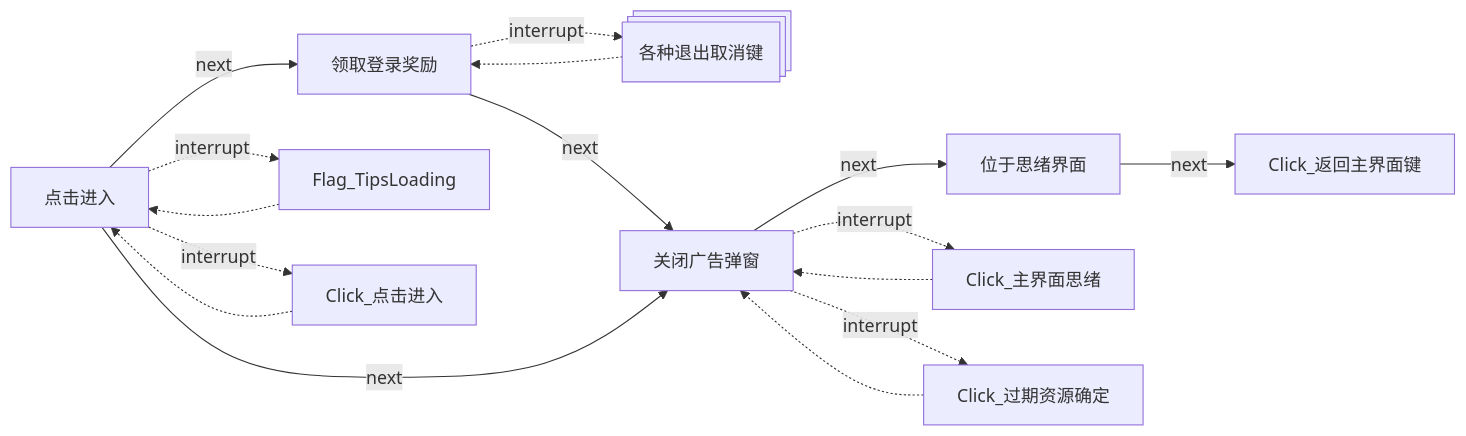
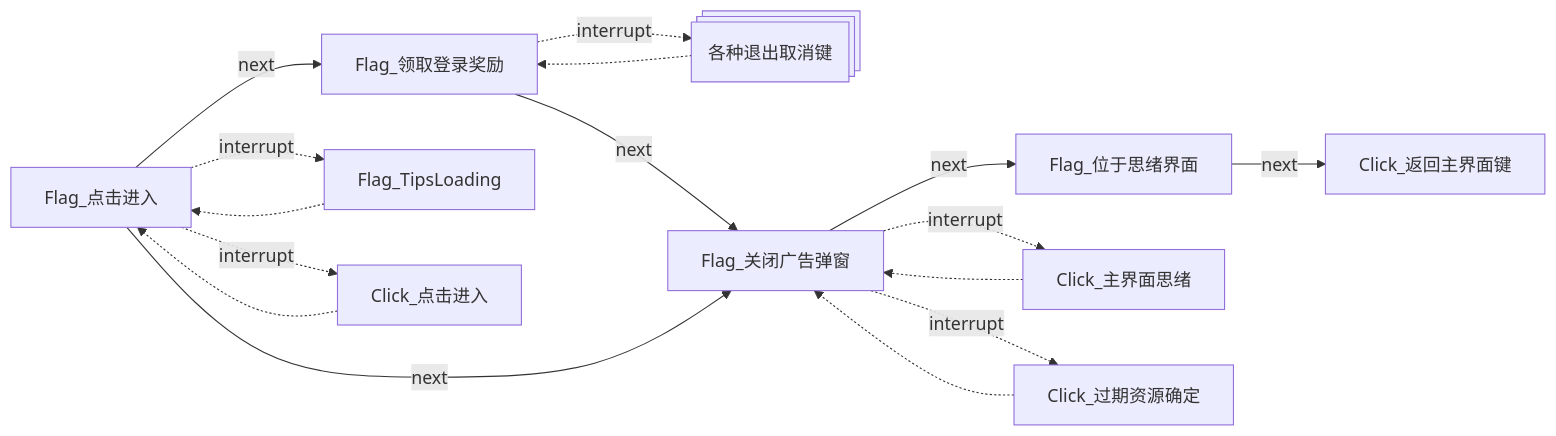
One commit to Coxwtwo/MaaTOT changed the second of 23 diagrams in docs/zh_cn/develop/Pipeline说明.md. Above: the diagram before and after it, drawn with Mermaid. The commit also changed other lines of this file, not shown here.

Commit message:
Commits on Apr 23, 2025 docs：修正任务链流程图错误。

````diff
--- a/docs/zh_cn/develop/Pipeline说明.md
+++ b/docs/zh_cn/develop/Pipeline说明.md
@@ -64,19 +62,19 @@
 ```mermaid
 flowchart LR
-    n6["点击进入"] -->|next| n10["领取登录奖励"] 
+    n6["Flag_点击进入"] -->|next| n10["Flag_领取登录奖励"] 
     n10 -.->|interrupt| n14@{ shape: processes, label: "各种退出取消键"}
     n14 -.-> n10
-    n10["领取登录奖励"] -->|next| n11
-    n6 -->|next| n11["关闭广告弹窗"]
-    n11["关闭广告弹窗"] -->|next| n15["位于思绪界面"]
+    n10["Flag_领取登录奖励"] -->|next| n11
+    n6 -->|next| n11["Flag_关闭广告弹窗"]
+    n11["Flag_关闭广告弹窗"] -->|next| n15["Flag_位于思绪界面"]
     n11 -.->|interrupt| n16["Click_主界面思绪"]
     n16 -.-> n11
     n11 -.->|interrupt| n17["Click_过期资源确定"]
     n17 -.-> n11
     n15 -->|next| n18["Click_返回主界面键"]
     n6 -.->|interrupt| n12["Flag_TipsLoading"]
     n12 -.-> n6
     n6 -.->|interrupt| n13["Click_点击进入"]
     n13 -.-> n6
 
 ```
````
